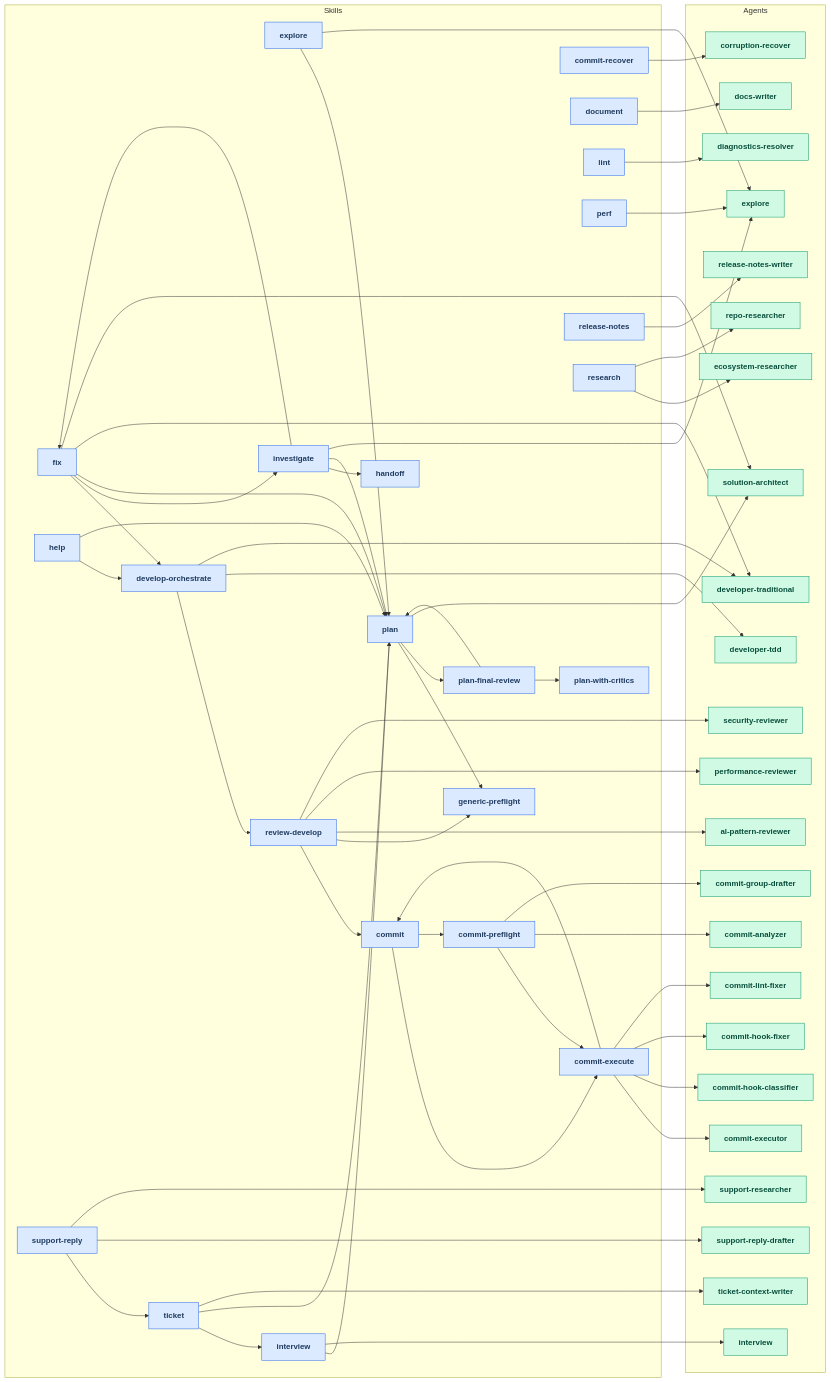
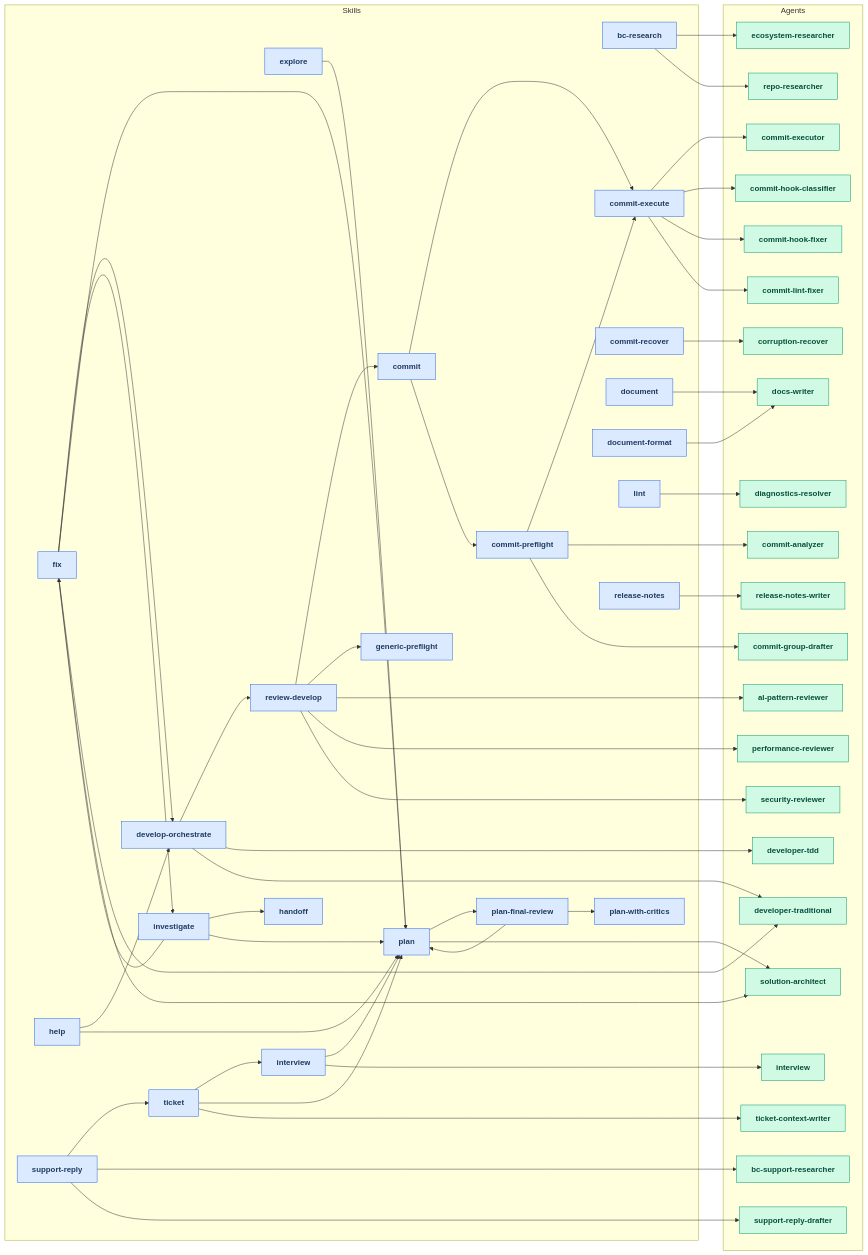
One commit to russell-laing/al-dev-shared changed the first of 2 diagrams in docs/workflow_diagrams.md. Above: the diagram before and after it, drawn with Mermaid. The commit also changed other lines of this file and 14 other files, not shown here.

````diff
--- a/docs/workflow_diagrams.md
+++ b/docs/workflow_diagrams.md
@@ -12,12 +12,14 @@
     classDef agentNode fill:#d1fae5,stroke:#059669,color:#064e3b,font-weight:bold
 
     subgraph Skills[Skills]
+        skill_bc_research[bc-research]
         skill_commit[commit]
         skill_commit_execute[commit-execute]
         skill_commit_preflight[commit-preflight]
         skill_commit_recover[commit-recover]
         skill_develop_orchestrate[develop-orchestrate]
         skill_document[document]
+        skill_document_format[document-format]
         skill_explore[explore]
         skill_fix[fix]
         skill_generic_preflight[generic-preflight]
@@ -26,18 +28,17 @@
         skill_interview[interview]
         skill_investigate[investigate]
         skill_lint[lint]
-        skill_perf[perf]
         skill_plan[plan]
         skill_plan_final_review[plan-final-review]
         skill_plan_with_critics[plan-with-critics]
         skill_release_notes[release-notes]
-        skill_research[research]
         skill_review_develop[review-develop]
         skill_support_reply[support-reply]
         skill_ticket[ticket]
     end
     subgraph Agents[Agents]
         agent_al_pattern_reviewer[al-pattern-reviewer]
+        agent_bc_support_researcher[bc-support-researcher]
         agent_commit_analyzer[commit-analyzer]
         agent_commit_executor[commit-executor]
         agent_commit_group_drafter[commit-group-drafter]
@@ -50,7 +51,6 @@
         agent_diagnostics_resolver[diagnostics-resolver]
         agent_docs_writer[docs-writer]
         agent_ecosystem_researcher[ecosystem-researcher]
-        agent_explore[explore]
         agent_interview[interview]
         agent_performance_reviewer[performance-reviewer]
         agent_release_notes_writer[release-notes-writer]
@@ -58,13 +58,11 @@
         agent_security_reviewer[security-reviewer]
         agent_solution_architect[solution-architect]
         agent_support_reply_drafter[support-reply-drafter]
-        agent_support_researcher[support-researcher]
         agent_ticket_context_writer[ticket-context-writer]
     end
 
     skill_commit --> skill_commit_execute
     skill_commit --> skill_commit_preflight
-    skill_commit_execute --> skill_commit
     skill_commit_preflight --> skill_commit_execute
     skill_develop_orchestrate --> skill_review_develop
     skill_explore --> skill_plan
@@ -77,7 +75,6 @@
     skill_investigate --> skill_fix
     skill_investigate --> skill_handoff
     skill_investigate --> skill_plan
-    skill_plan --> skill_generic_preflight
     skill_plan --> skill_plan_final_review
     skill_plan_final_review --> skill_plan
     skill_plan_final_review --> skill_plan_with_critics
@@ -86,6 +83,8 @@
     skill_support_reply --> skill_ticket
     skill_ticket --> skill_interview
     skill_ticket --> skill_plan
+    skill_bc_research --> agent_ecosystem_researcher
+    skill_bc_research --> agent_repo_researcher
     skill_commit_execute --> agent_commit_executor
     skill_commit_execute --> agent_commit_hook_classifier
     skill_commit_execute --> agent_commit_hook_fixer
@@ -96,30 +95,28 @@
     skill_develop_orchestrate --> agent_developer_tdd
     skill_develop_orchestrate --> agent_developer_traditional
     skill_document --> agent_docs_writer
-    skill_explore --> agent_explore
+    skill_document_format --> agent_docs_writer
     skill_fix --> agent_developer_traditional
     skill_fix --> agent_solution_architect
     skill_interview --> agent_interview
-    skill_investigate --> agent_explore
     skill_lint --> agent_diagnostics_resolver
-    skill_perf --> agent_explore
     skill_plan --> agent_solution_architect
     skill_release_notes --> agent_release_notes_writer
-    skill_research --> agent_ecosystem_researcher
-    skill_research --> agent_repo_researcher
     skill_review_develop --> agent_al_pattern_reviewer
     skill_review_develop --> agent_performance_reviewer
     skill_review_develop --> agent_security_reviewer
+    skill_support_reply --> agent_bc_support_researcher
     skill_support_reply --> agent_support_reply_drafter
-    skill_support_reply --> agent_support_researcher
     skill_ticket --> agent_ticket_context_writer
 
+    class skill_bc_research skillNode
     class skill_commit skillNode
     class skill_commit_execute skillNode
     class skill_commit_preflight skillNode
     class skill_commit_recover skillNode
     class skill_develop_orchestrate skillNode
     class skill_document skillNode
+    class skill_document_format skillNode
     class skill_explore skillNode
     class skill_fix skillNode
     class skill_generic_preflight skillNode
@@ -128,16 +125,15 @@
     class skill_interview skillNode
     class skill_investigate skillNode
     class skill_lint skillNode
-    class skill_perf skillNode
     class skill_plan skillNode
     class skill_plan_final_review skillNode
     class skill_plan_with_critics skillNode
     class skill_release_notes skillNode
-    class skill_research skillNode
     class skill_review_develop skillNode
     class skill_support_reply skillNode
     class skill_ticket skillNode
     class agent_al_pattern_reviewer agentNode
+    class agent_bc_support_researcher agentNode
     class agent_commit_analyzer agentNode
     class agent_commit_executor agentNode
     class agent_commit_group_drafter agentNode
@@ -150,7 +146,6 @@
     class agent_diagnostics_resolver agentNode
     class agent_docs_writer agentNode
     class agent_ecosystem_researcher agentNode
-    class agent_explore agentNode
     class agent_interview agentNode
     class agent_performance_reviewer agentNode
     class agent_release_notes_writer agentNode
@@ -158,6 +153,5 @@
     class agent_security_reviewer agentNode
     class agent_solution_architect agentNode
     class agent_support_reply_drafter agentNode
-    class agent_support_researcher agentNode
     class agent_ticket_context_writer agentNode
 ```
````
